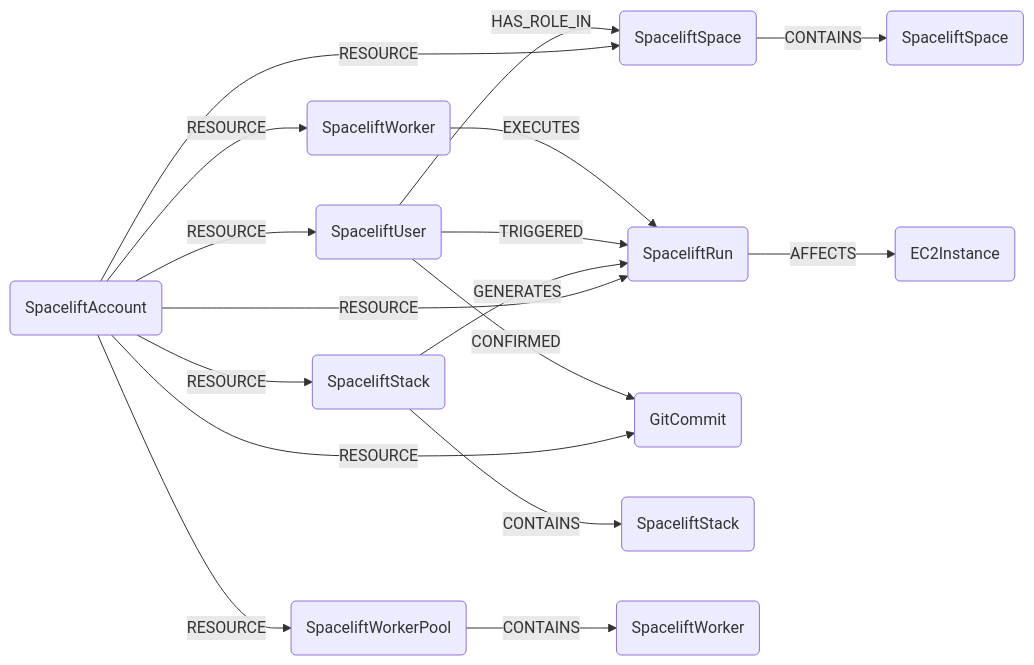
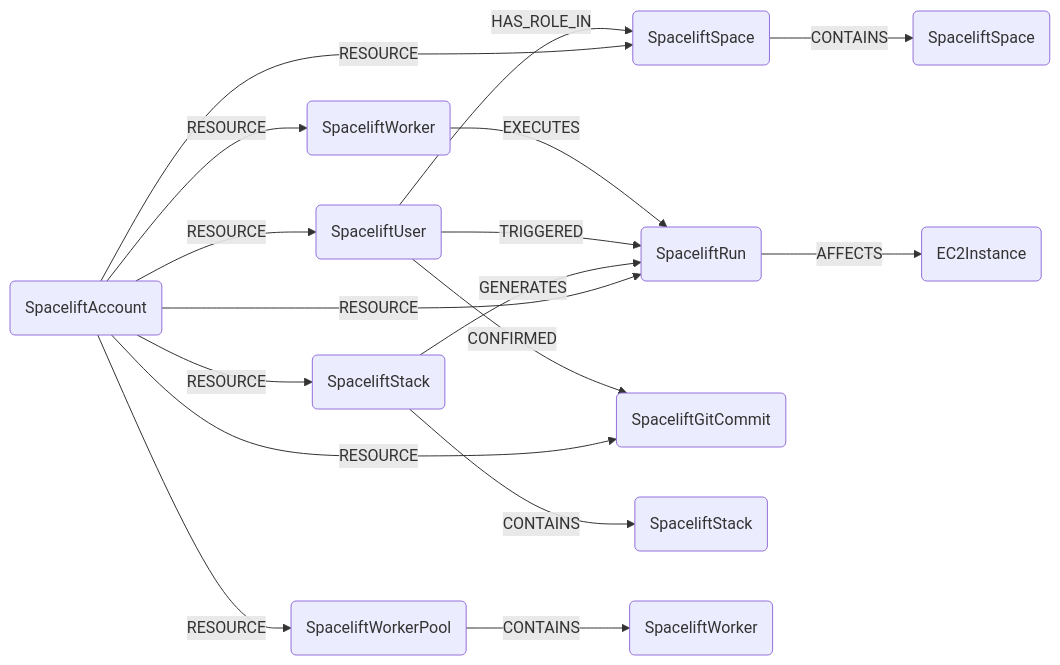
Before and after one commit to cartography-cncf/cartography: the diagram in docs/root/modules/spacelift/schema.md, drawn with Mermaid. The commit also changed other lines of this file and 13 other files, not shown here.

````diff
--- a/docs/root/modules/spacelift/schema.md
+++ b/docs/root/modules/spacelift/schema.md
@@ -3,23 +3,23 @@
 ```mermaid
 graph LR
 
 A(SpaceliftAccount) -- RESOURCE --> S(SpaceliftSpace)
 A -- RESOURCE --> St(SpaceliftStack)
 A -- RESOURCE --> U(SpaceliftUser)
 A -- RESOURCE --> WP(SpaceliftWorkerPool)
 A -- RESOURCE --> W(SpaceliftWorker)
 A -- RESOURCE --> R(SpaceliftRun)
-A -- RESOURCE --> C(GitCommit)
+A -- RESOURCE --> C(SpaceliftGitCommit)
 
 S -- CONTAINS --> S2(SpaceliftSpace)
 St -- CONTAINS --> St2(SpaceliftStack)
 WP -- CONTAINS --> W2(SpaceliftWorker)
 
 St -- GENERATES --> R
 U -- TRIGGERED --> R
 W -- EXECUTES --> R
 R -- AFFECTS --> EC2(EC2Instance)
 
 U -- HAS_ROLE_IN --> S
 U -- CONFIRMED --> C
 ```
````
